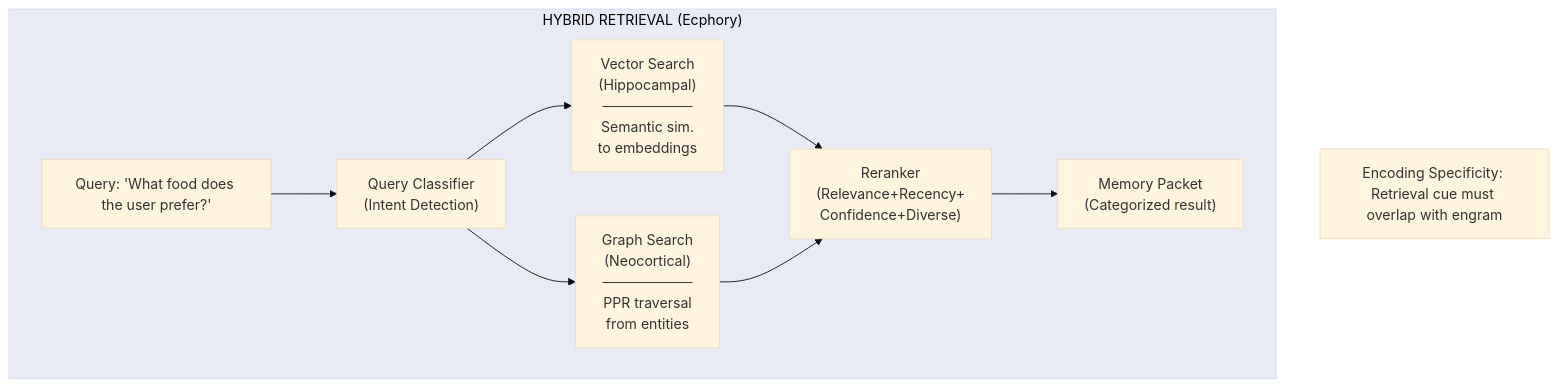
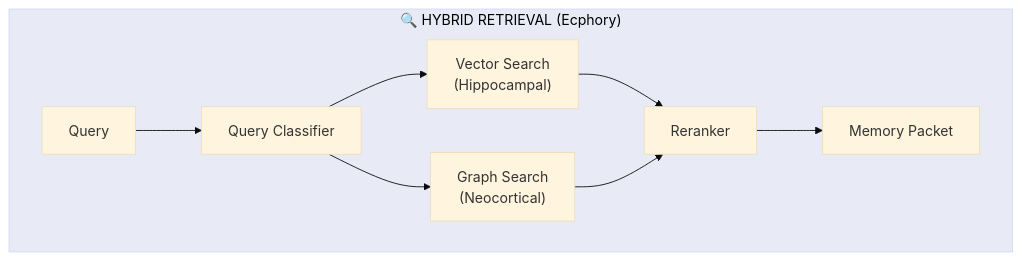
One commit to avinash-mall/CognitiveMemoryLayer changed the sixth of 9 diagrams in README.md. Above: the diagram before and after it, drawn with Mermaid (base theme). The commit also changed other lines of this file and 31 other files, not shown here.

Commit message:
fix: mermaid text visibility and quote formatting

````diff
--- a/README.md
+++ b/README.md
@@ -251,12 +295,11 @@
 ```mermaid
 flowchart TB
-    subgraph Retrieval["HYBRID RETRIEVAL (Ecphory)"]
-        query["Query: 'What food does the user prefer?'"] --> classifier["Query Classifier<br/>(Intent Detection)"]
-        classifier --> vector["Vector Search<br/>(Hippocampal)<br/>─────────<br/>Semantic sim.<br/>to embeddings"]
-        classifier --> graphSearch["Graph Search<br/>(Neocortical)<br/>─────────<br/>PPR traversal<br/>from entities"]
-        vector & graphSearch --> reranker["Reranker<br/>(Relevance+Recency+<br/>Confidence+Diverse)"]
-        reranker --> packet["Memory Packet<br/>(Categorized result)"]
+    subgraph Retrieval["🔍 HYBRID RETRIEVAL (Ecphory)"]
+        query["Query"] --> classifier["Query Classifier"]
+        classifier --> vector["Vector Search<br/>(Hippocampal)"]
+        classifier --> graphSearch["Graph Search<br/>(Neocortical)"]
+        vector & graphSearch --> reranker["Reranker"]
+        reranker --> packet["Memory Packet"]
     end
-    enc["Encoding Specificity: Retrieval cue must overlap with engram"]
     style Retrieval fill:#e8eaf6,color:#000
 ```
````
